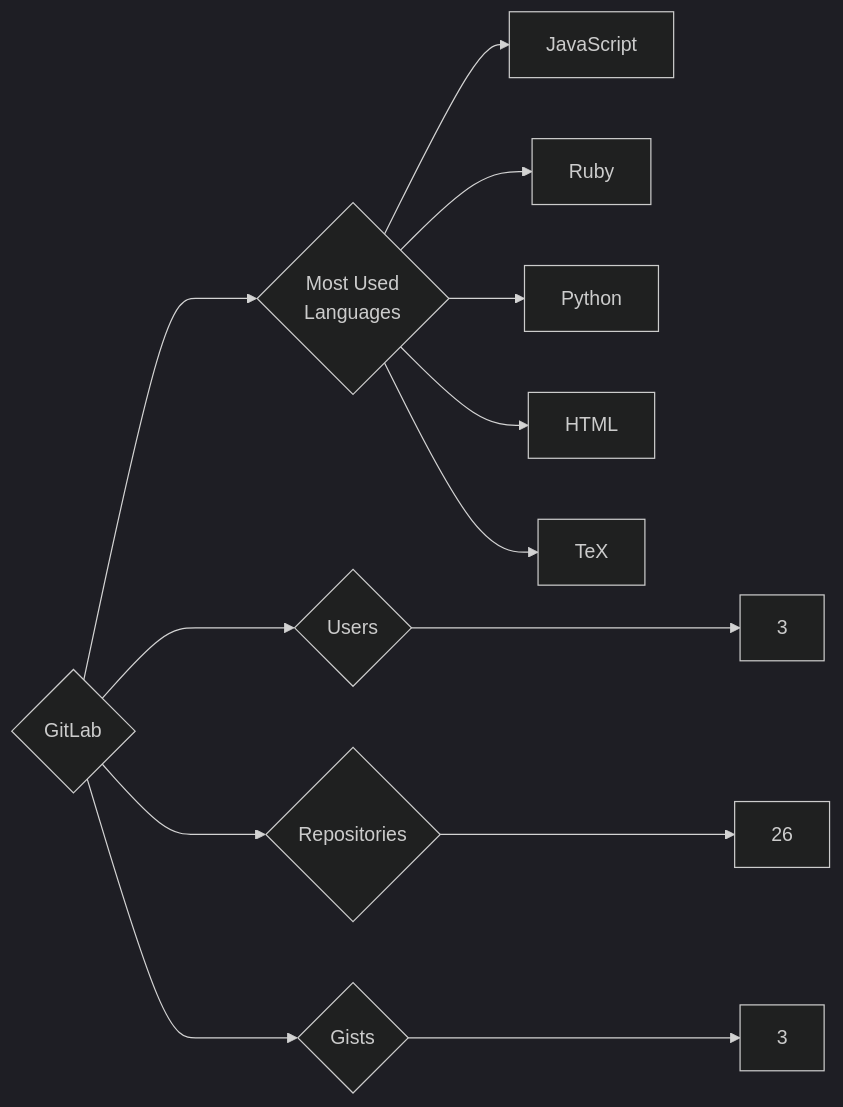
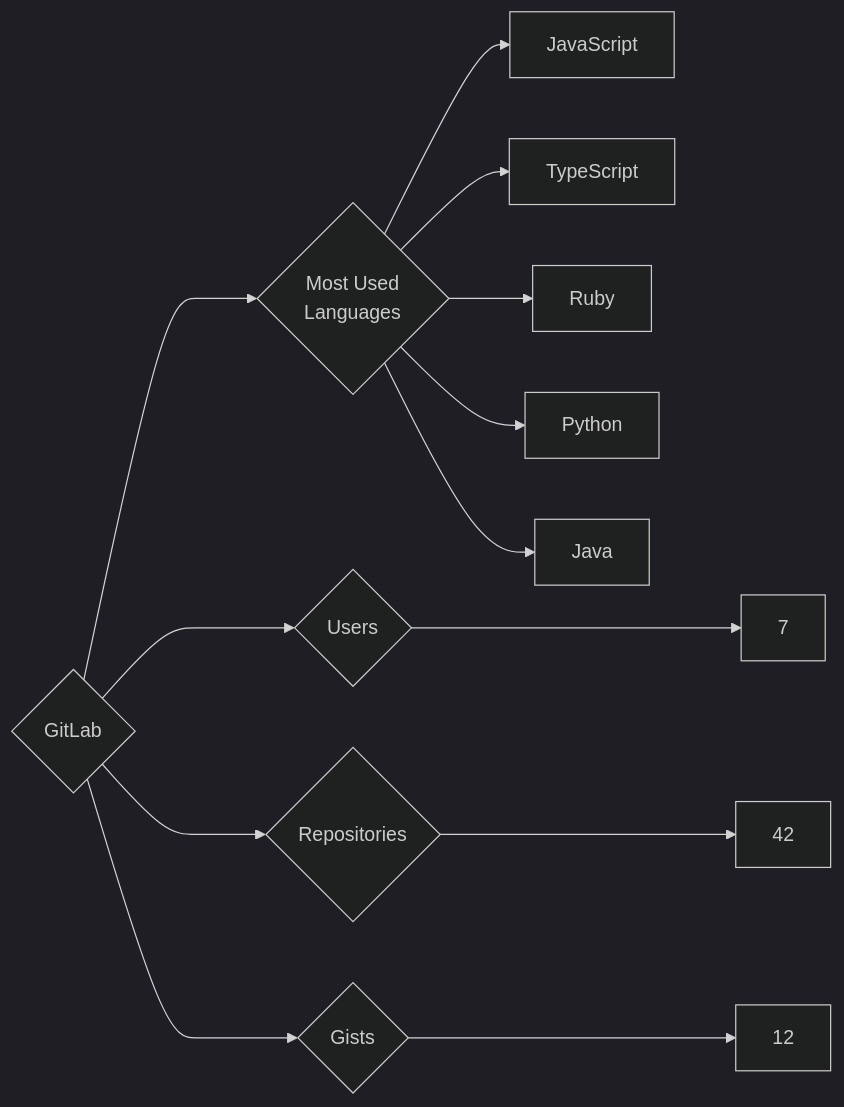
The diagram in targets/GitLab/README.md (trickest/insiders), drawn with Mermaid (dark theme) before and after one commit. The commit also changed 985 other files, not shown here.

````diff
--- a/targets/GitLab/README.md
+++ b/targets/GitLab/README.md
@@ -3,13 +3,13 @@
 ```mermaid
 graph LR
 COMPANY_NAME{GitLab}
-COMPANY_NAME ---> U{Users} ---> UN[3]
-COMPANY_NAME ---> R{Repositories} ---> RN[26]
-COMPANY_NAME ---> G{Gists} ---> GN[3]
+COMPANY_NAME ---> U{Users} ---> UN[7]
+COMPANY_NAME ---> R{Repositories} ---> RN[42]
+COMPANY_NAME ---> G{Gists} ---> GN[12]
 COMPANY_NAME ---> ML{Most Used<br>Languages}
 ML --> JavaScript[JavaScript]
+ML --> TypeScript[TypeScript]
 ML --> Ruby[Ruby]
 ML --> Python[Python]
-ML --> HTML[HTML]
-ML --> TeX[TeX]
+ML --> Java[Java]
 ```
````
